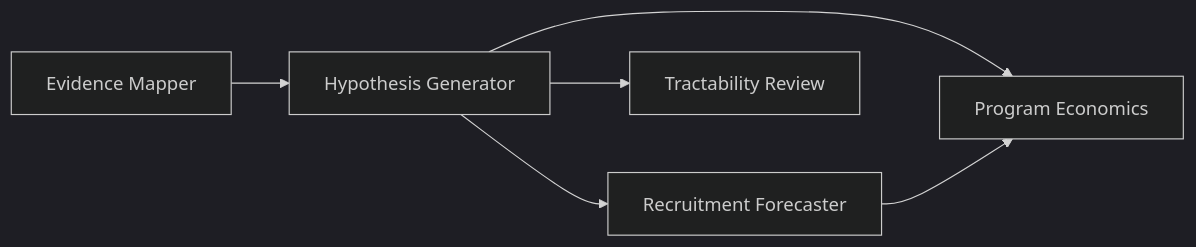
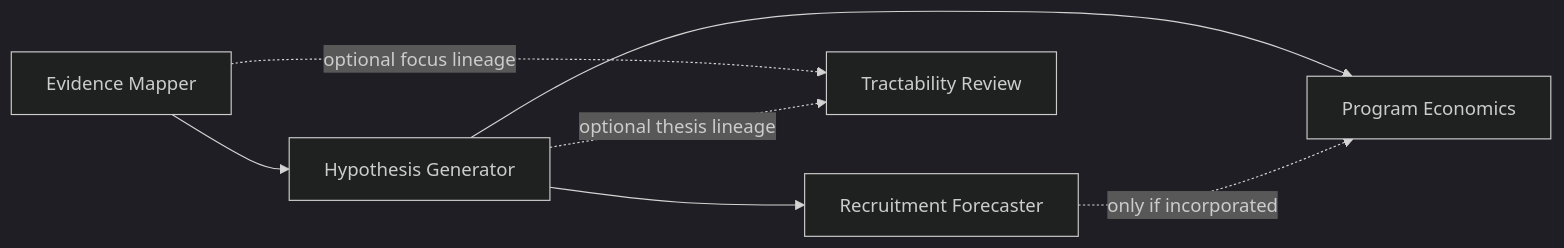
Before and after one commit to REagent-LABrador/hypothesis-highlander: the diagram in COMPOSE.md, drawn with Mermaid (dark theme). The commit also changed other lines of this file and 21 other files, not shown here.

````diff
--- a/COMPOSE.md
+++ b/COMPOSE.md
@@ -182,8 +182,9 @@
 ```mermaid
 graph LR
     mapper["Evidence Mapper"] --> hypgen["Hypothesis Generator"]
     hypgen --> recruitment["Recruitment Forecaster"]
-    hypgen --> tractability["Tractability Review"]
+    mapper -. optional focus lineage .-> tractability["Tractability Review"]
+    hypgen -. optional thesis lineage .-> tractability
     hypgen --> economics["Program Economics"]
-    recruitment --> economics
+    recruitment -. only if incorporated .-> economics
 ```
````
